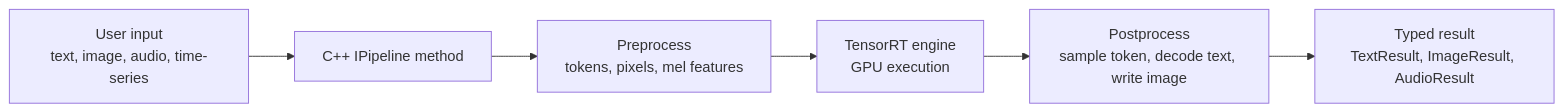
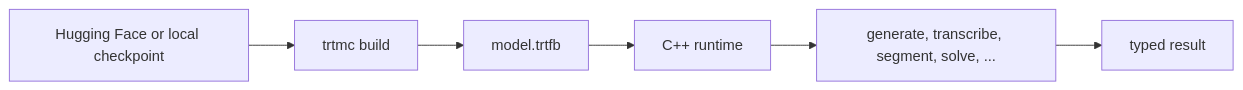
The diagram in website/docs/intro.md (NVIDIA/TensorRT-Model-Connect), drawn with Mermaid before and after one commit. The commit also changed other lines of this file and 86 other files, not shown here.

````diff
--- a/website/docs/intro.md
+++ b/website/docs/intro.md
@@ -41,8 +20,8 @@
 ```mermaid
 flowchart LR
-  UserInput["User input<br/>text, image, audio, time-series"] --> Pipeline["C++ IPipeline method"]
-  Pipeline --> Preprocess["Preprocess<br/>tokens, pixels, mel features"]
-  Preprocess --> Engine["TensorRT engine<br/>GPU execution"]
-  Engine --> Postprocess["Postprocess<br/>sample token, decode text, write image"]
-  Postprocess --> Result["Typed result<br/>TextResult, ImageResult, AudioResult"]
+  Checkpoint["Hugging Face or local checkpoint"] --> Build["trtmc build"]
+  Build --> Bundle["model.trtfb"]
+  Bundle --> Runtime["C++ runtime"]
+  Runtime --> Task["generate, transcribe, segment, solve, ..."]
+  Task --> Result["typed result"]
 ```
````
